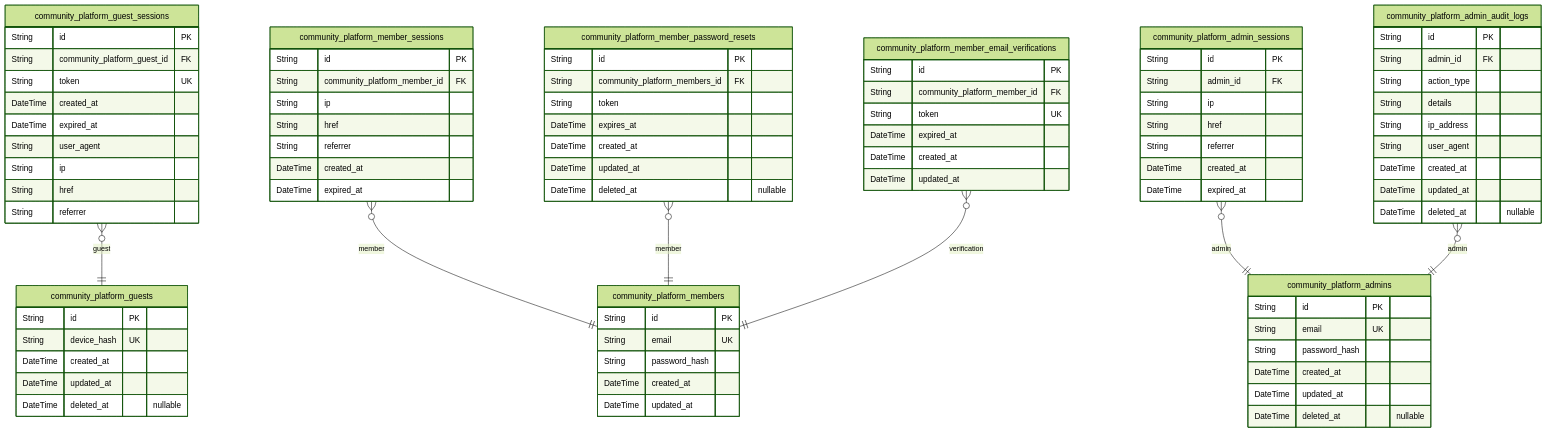
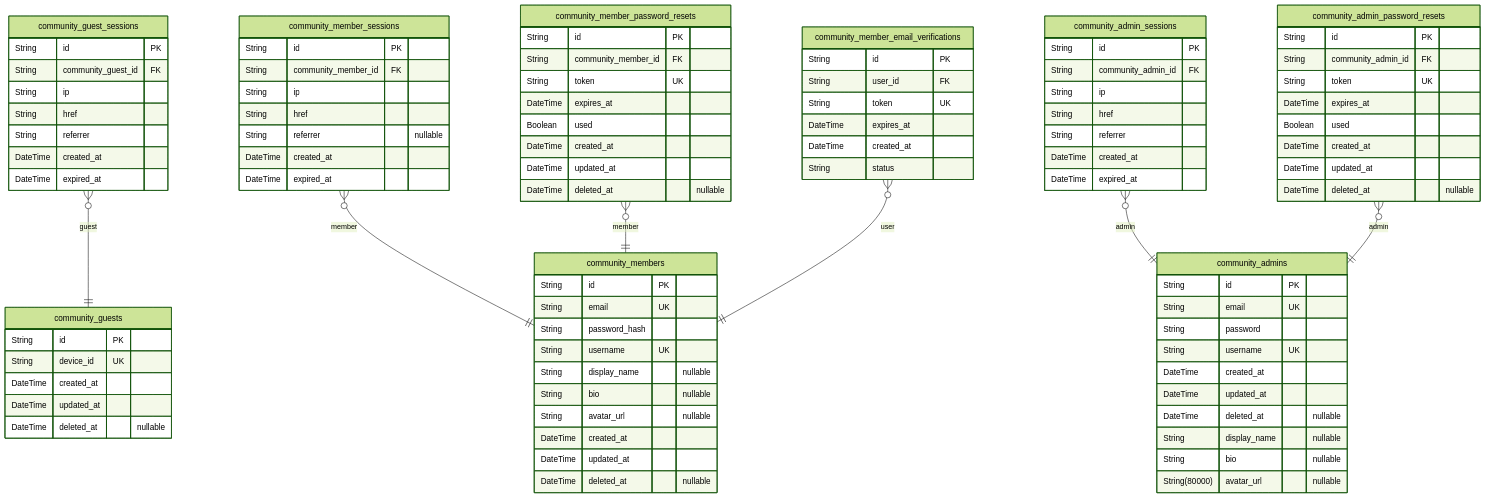
One commit to wrtnlabs/autobe-examples changed the first of 4 diagrams in qwen/qwen3-30b-a3b-thinking-2507/reddit/docs/ERD.md. Above: the diagram before and after it, drawn with Mermaid (forest theme). The commit also changed other lines of this file and 3171 other files, not shown here.

````diff
--- a/qwen/qwen3-30b-a3b-thinking-2507/reddit/docs/ERD.md
+++ b/qwen/qwen3-30b-a3b-thinking-2507/reddit/docs/ERD.md
@@ -19,88 +12,95 @@
 ```mermaid
 erDiagram
-"community_platform_guests" {
+"community_guests" {
   String id PK
-  String device_hash UK
+  String device_id UK
   DateTime created_at
   DateTime updated_at
   DateTime deleted_at "nullable"
 }
-"community_platform_guest_sessions" {
+"community_guest_sessions" {
   String id PK
-  String community_platform_guest_id FK
-  String token UK
-  DateTime created_at
-  DateTime expired_at
-  String user_agent
-  String ip
-  String href
-  String referrer
-}
-"community_platform_members" {
-  String id PK
-  String email UK
-  String password_hash
-  DateTime created_at
-  DateTime updated_at
-}
-"community_platform_member_sessions" {
-  String id PK
-  String community_platform_member_id FK
+  String community_guest_id FK
   String ip
   String href
   String referrer
   DateTime created_at
   DateTime expired_at
 }
-"community_platform_member_password_resets" {
+"community_members" {
   String id PK
-  String community_platform_members_id FK
-  String token
-  DateTime expires_at
+  String email UK
+  String password_hash
+  String username UK
+  String display_name "nullable"
+  String bio "nullable"
+  String avatar_url "nullable"
   DateTime created_at
   DateTime updated_at
   DateTime deleted_at "nullable"
 }
-"community_platform_member_email_verifications" {
+"community_member_sessions" {
   String id PK
-  String community_platform_member_id FK
+  String community_member_id FK
+  String ip
+  String href
+  String referrer "nullable"
+  DateTime created_at
+  DateTime expired_at
+}
+"community_member_password_resets" {
+  String id PK
+  String community_member_id FK
   String token UK
-  DateTime expired_at
-  DateTime created_at
-  DateTime updated_at
-}
-"community_platform_admins" {
-  String id PK
-  String email UK
-  String password_hash
+  DateTime expires_at
+  Boolean used
   DateTime created_at
   DateTime updated_at
   DateTime deleted_at "nullable"
 }
-"community_platform_admin_sessions" {
+"community_member_email_verifications" {
   String id PK
-  String admin_id FK
+  String user_id FK
+  String token UK
+  DateTime expires_at
+  DateTime created_at
+  String status
+}
+"community_admins" {
+  String id PK
+  String email UK
+  String password
+  String username UK
+  DateTime created_at
+  DateTime updated_at
+  DateTime deleted_at "nullable"
+  String display_name "nullable"
+  String bio "nullable"
+  String(80000) avatar_url "nullable"
+}
+"community_admin_sessions" {
+  String id PK
+  String community_admin_id FK
   String ip
   String href
   String referrer
   DateTime created_at
   DateTime expired_at
 }
-"community_platform_admin_audit_logs" {
+"community_admin_password_resets" {
   String id PK
-  String admin_id FK
-  String action_type
-  String details
-  String ip_address
-  String user_agent
+  String community_admin_id FK
+  String token UK
+  DateTime expires_at
+  Boolean used
   DateTime created_at
   DateTime updated_at
   DateTime deleted_at "nullable"
 }
-"community_platform_guest_sessions" }o--|| "community_platform_guests" : guest
-"community_platform_member_sessions" }o--|| "community_platform_members" : member
-"community_platform_member_password_resets" }o--|| "community_platform_members" : member
-"community_platform_member_email_verifications" }o--|| "community_platform_members" : verification
-"community_platform_admin_sessions" }o--|| "community_platform_admins" : admin
-"community_platform_admin_audit_logs" }o--|| "community_platform_admins" : admin
+"community_guest_sessions" }o--|| "community_guests" : guest
+"community_member_sessions" }o--|| "community_members" : member
+"community_member_password_resets" }o--|| "community_members" : member
+"community_member_email_verifications" }o--|| "community_members" : user
+"community_admin_sessions" }o--|| "community_admins" : admin
+"community_admin_password_resets" }o--|| "community_admins" : admin
 ```
````
